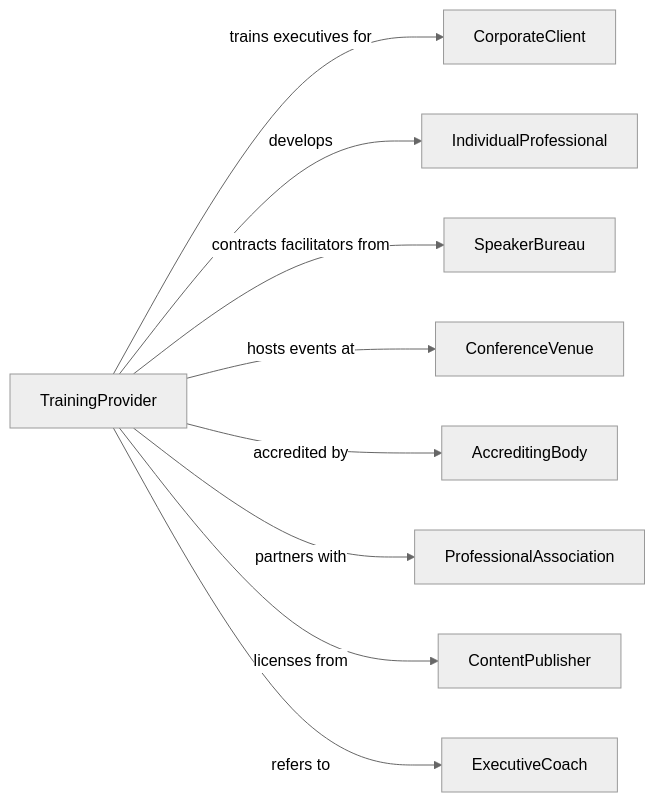
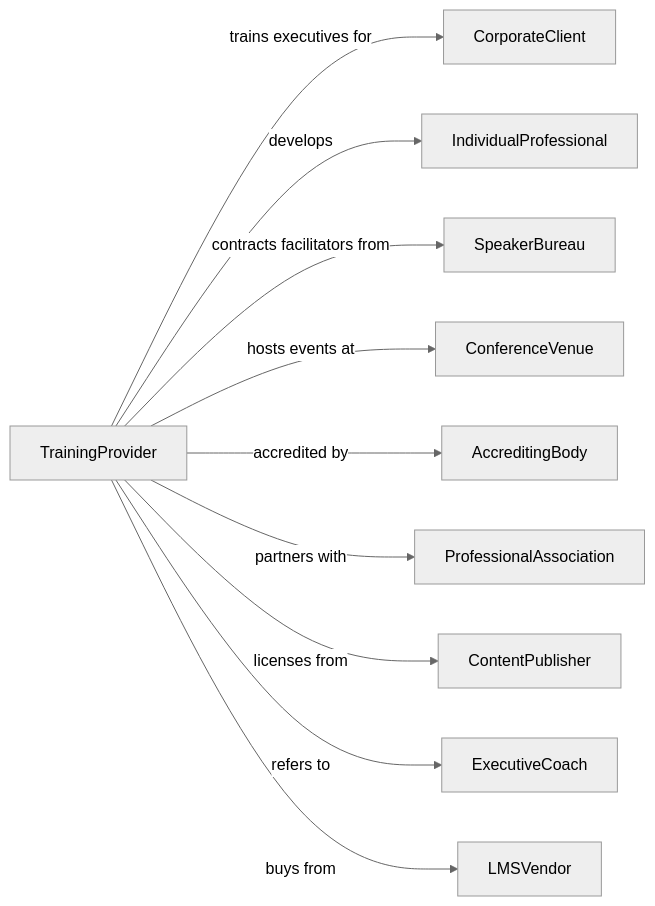
Before and after one commit to dot-org-ai/industries.org.ai: the second of 2 diagrams in Education/Education/BusinessSchoolsAndComputerAndManagementTraining/ProfessionalAndManagementDevelopmentTraining.mdx, drawn with Mermaid (neutral theme). The commit also changed 588 other files, not shown here.

````diff
--- a/Education/Education/BusinessSchoolsAndComputerAndManagementTraining/ProfessionalAndManagementDevelopmentTraining.mdx
+++ b/Education/Education/BusinessSchoolsAndComputerAndManagementTraining/ProfessionalAndManagementDevelopmentTraining.mdx
@@ -139,13 +139,14 @@
 ```mermaid
 graph LR
     T[TrainingProvider]
 
     T -->|trains executives for| CorporateClient
     T -->|develops| IndividualProfessional
     T -->|contracts facilitators from| SpeakerBureau
     T -->|hosts events at| ConferenceVenue
     T -->|accredited by| AccreditingBody
     T -->|partners with| ProfessionalAssociation
     T -->|licenses from| ContentPublisher
     T -->|refers to| ExecutiveCoach
+    T -->|buys from| LMSVendor
 ```
````
